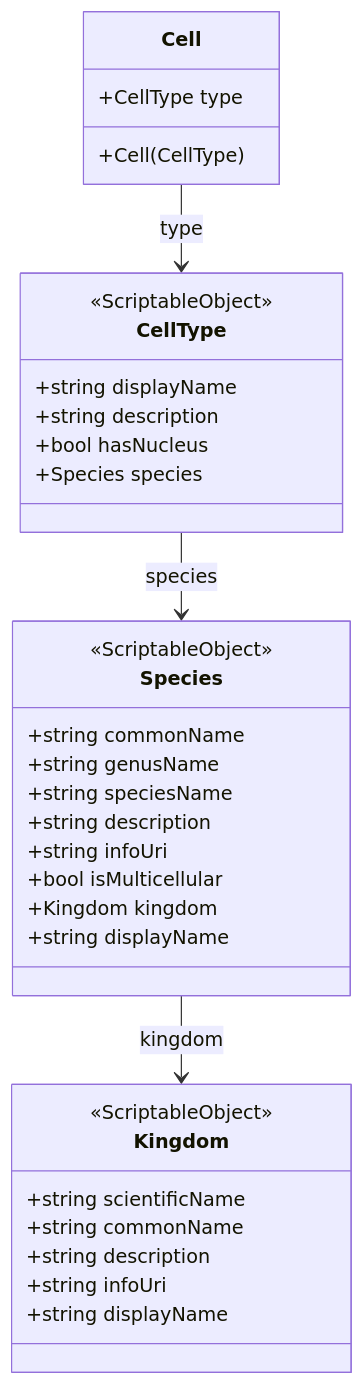
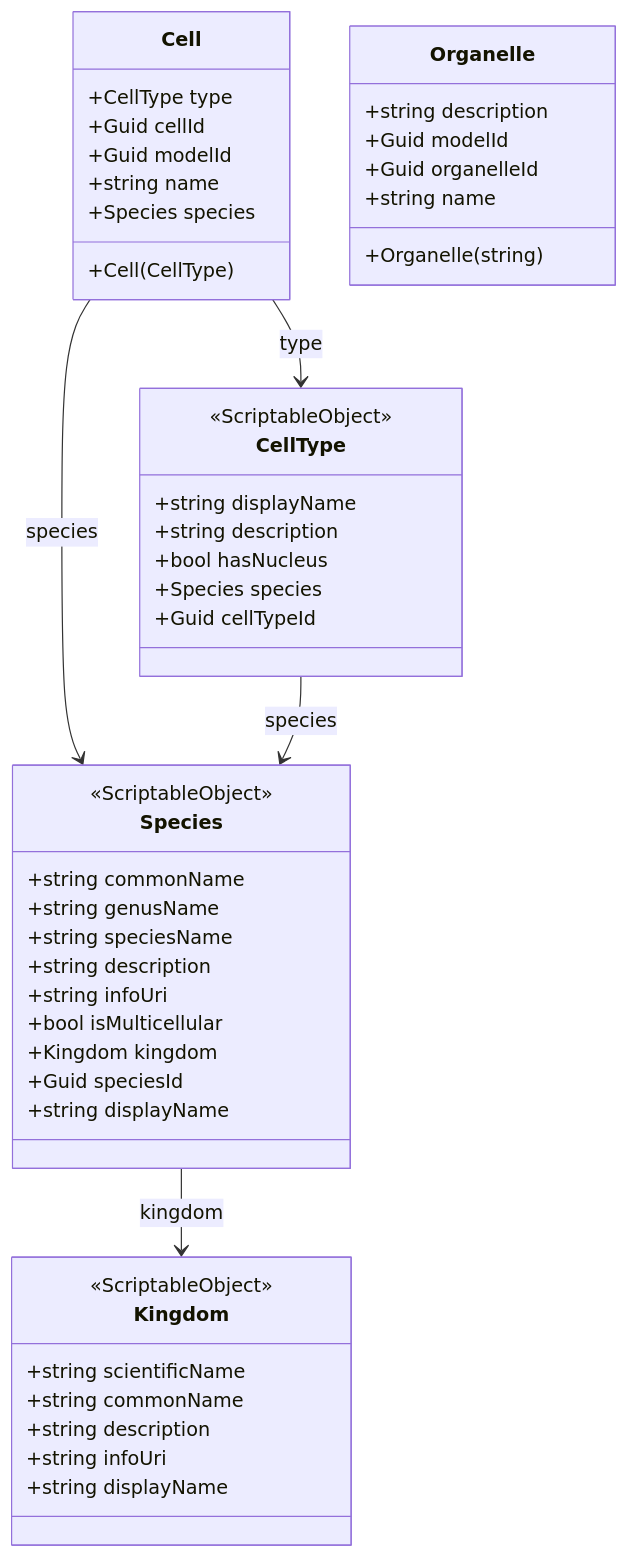
Before and after one commit to From-Null/from-null-capstone: the diagram in docs/dev/classes.md, drawn with Mermaid.

Commit message:
Regenerate class diagram

````diff
--- a/docs/dev/classes.md
+++ b/docs/dev/classes.md
@@ -5,36 +5,50 @@
 ```mermaid
 classDiagram
     class Cell {
         +CellType type
+        +Guid cellId
+        +Guid modelId
+        +string name
+        +Species species
         +Cell(CellType)
     }
     class CellType {
         <<ScriptableObject>>
         +string displayName
         +string description
         +bool hasNucleus
         +Species species
+        +Guid cellTypeId
     }
     class Kingdom {
         <<ScriptableObject>>
         +string scientificName
         +string commonName
         +string description
         +string infoUri
         +string displayName
+    }
+    class Organelle {
+        +string description
+        +Guid modelId
+        +Guid organelleId
+        +string name
+        +Organelle(string)
     }
     class Species {
         <<ScriptableObject>>
         +string commonName
         +string genusName
         +string speciesName
         +string description
         +string infoUri
         +bool isMulticellular
         +Kingdom kingdom
+        +Guid speciesId
         +string displayName
     }
     Cell --> CellType : type
+    Cell --> Species : species
     CellType --> Species : species
     Species --> Kingdom : kingdom
 ```
````
